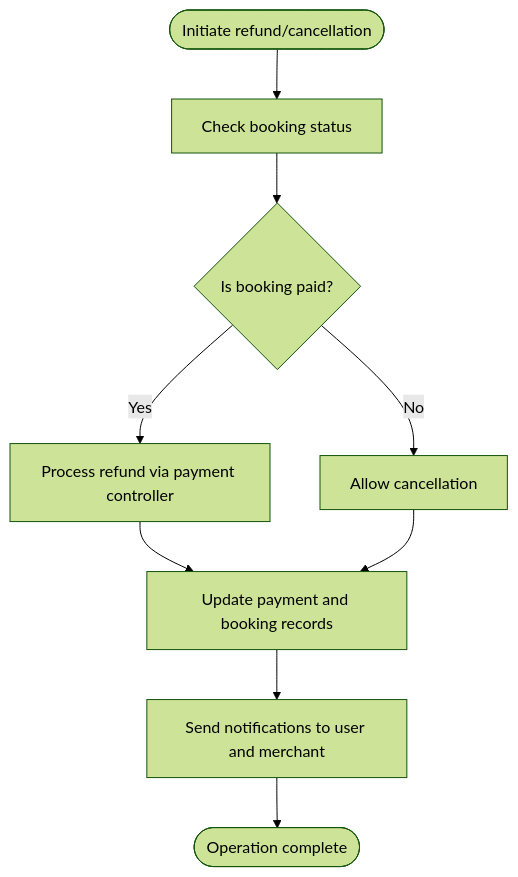
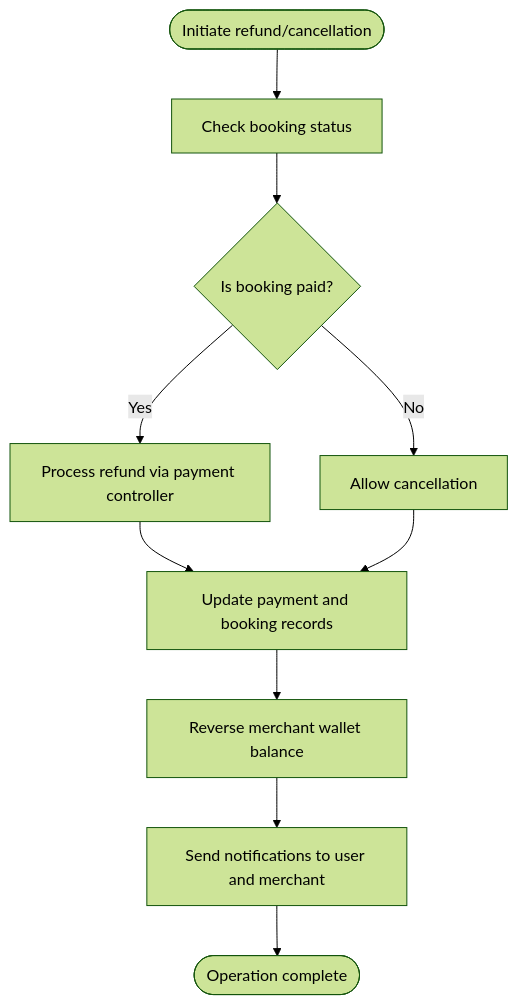
Before and after one commit to meghanamallela69-tech/event: the eighth of 11 diagrams in .qoder/repowiki/en/content/Booking and Payment System/Booking and Payment System.md, drawn with Mermaid (forest theme). The commit also changed other lines of this file and 63 other files, not shown here.

````diff
--- a/.qoder/repowiki/en/content/Booking and Payment System/Booking and Payment System.md
+++ b/.qoder/repowiki/en/content/Booking and Payment System/Booking and Payment System.md
@@ -336,11 +386,12 @@
 ```mermaid
 flowchart TD
 Start(["Initiate refund/cancellation"]) --> CheckStatus["Check booking status"]
 CheckStatus --> Paid{"Is booking paid?"}
 Paid --> |Yes| ProcessRefund["Process refund via payment controller"]
 Paid --> |No| Cancel["Allow cancellation"]
 ProcessRefund --> UpdateRecords["Update payment and booking records"]
 Cancel --> UpdateRecords
-UpdateRecords --> Notify["Send notifications to user and merchant"]
+UpdateRecords --> AdjustWallet["Reverse merchant wallet balance"]
+AdjustWallet --> Notify["Send notifications to user and merchant"]
 Notify --> End(["Operation complete"])
 ```
````
